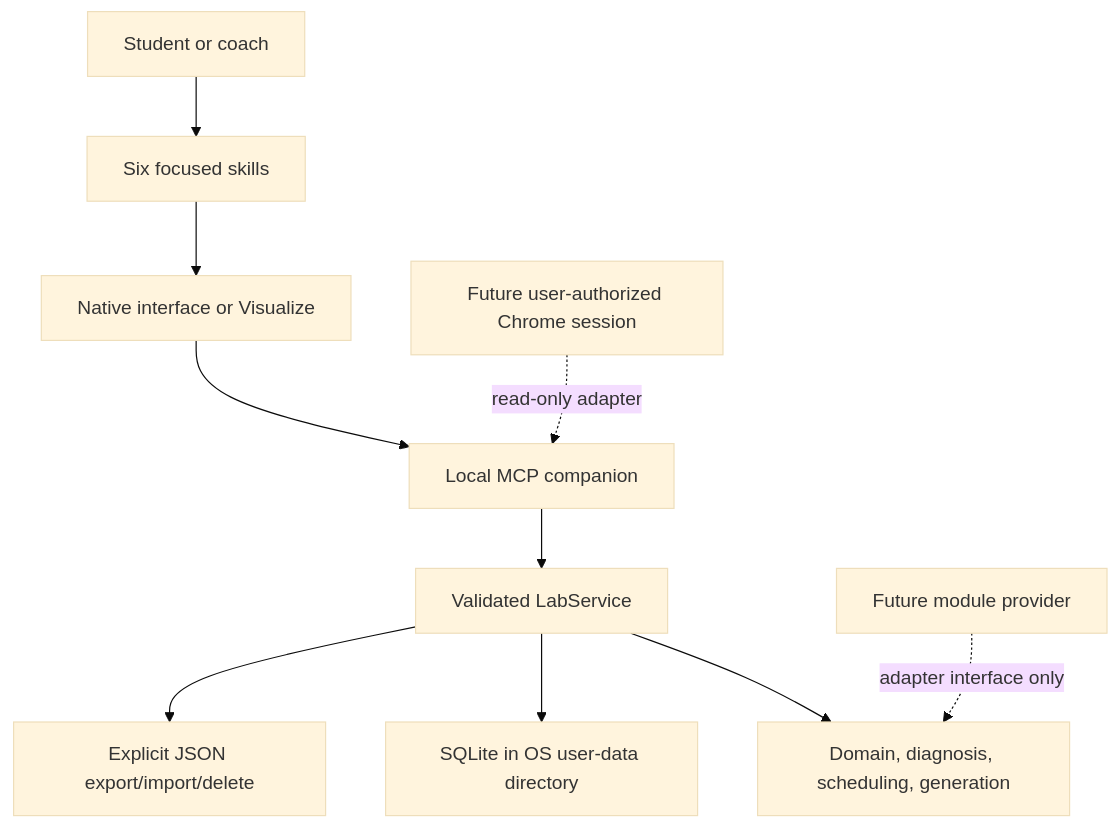
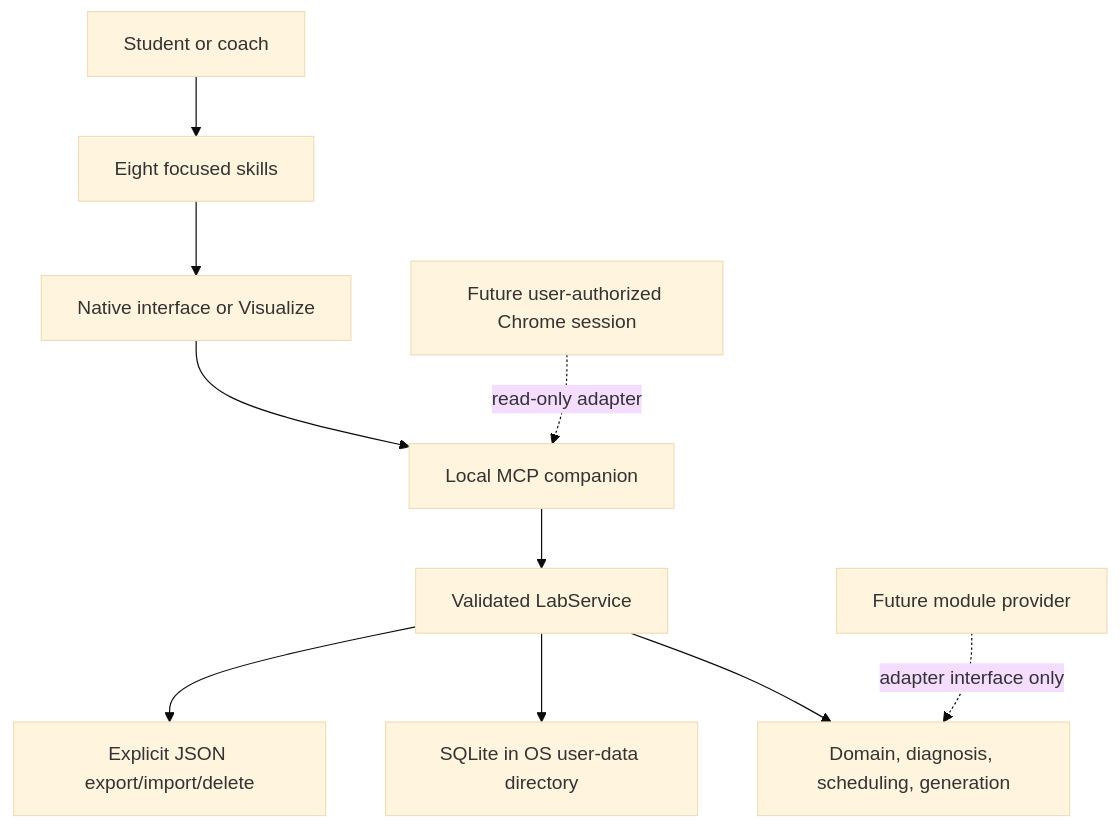
One commit to LordNightshadovv/OpenSAT changed the diagram in docs/architecture.md. Above: the diagram before and after it, drawn with Mermaid (base theme). The commit also changed other lines of this file and 30 other files, not shown here.

````diff
--- a/docs/architecture.md
+++ b/docs/architecture.md
@@ -7,12 +7,12 @@
 ```mermaid
 flowchart TD
-    User["Student or coach"] --> Skills["Six focused skills"]
+    User["Student or coach"] --> Skills["Eight focused skills"]
     Skills --> Surface["Native interface or Visualize"]
     Surface --> MCP["Local MCP companion"]
     MCP --> Service["Validated LabService"]
     Service --> Domain["Domain, diagnosis, scheduling, generation"]
     Service --> SQLite["SQLite in OS user-data directory"]
     Service --> Export["Explicit JSON export/import/delete"]
     Browser["Future user-authorized Chrome session"] -. read-only adapter .-> MCP
     Gemini["Future module provider"] -. adapter interface only .-> Domain
 ```
````
